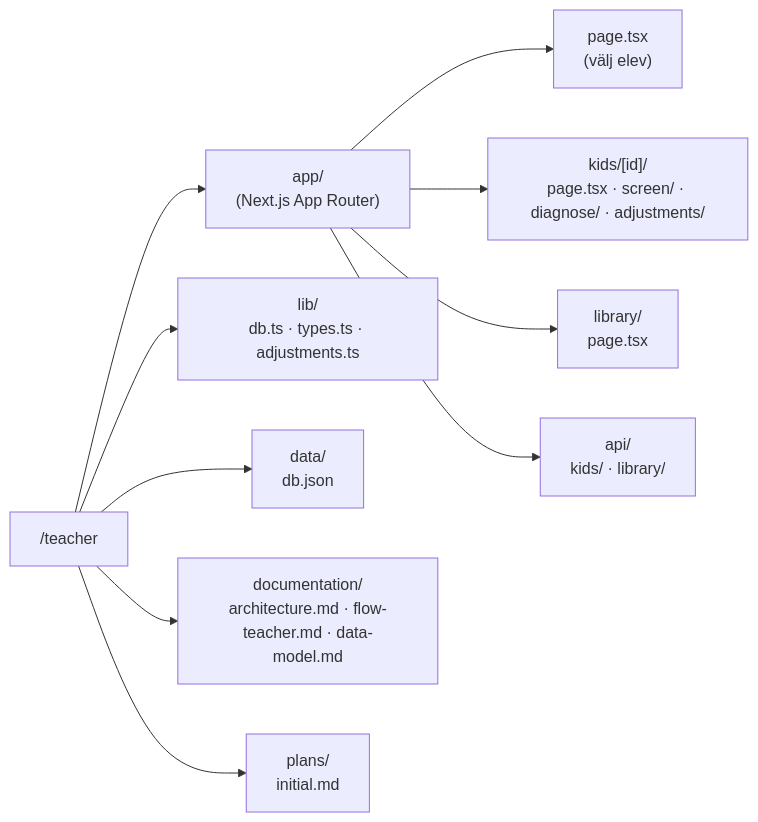
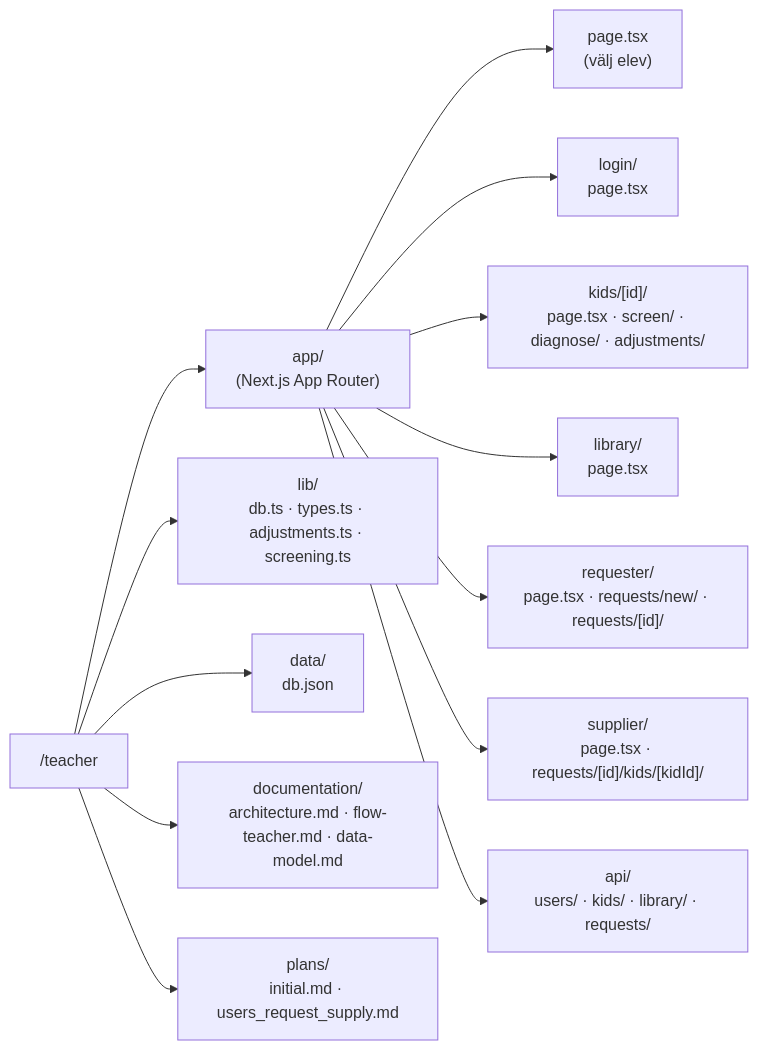
One commit to tommysafstrom/teacher changed the second of 2 diagrams in documentation/architecture.md. Above: the diagram before and after it, drawn with Mermaid. The commit also changed other lines of this file and 24 other files, not shown here.

````diff
--- a/documentation/architecture.md
+++ b/documentation/architecture.md
@@ -23,14 +25,17 @@
 ```mermaid
 graph LR
     Root["/teacher"]
     Root --> App["app/\n(Next.js App Router)"]
-    Root --> Lib["lib/\ndb.ts · types.ts · adjustments.ts"]
+    Root --> Lib["lib/\ndb.ts · types.ts · adjustments.ts · screening.ts"]
     Root --> Data["data/\ndb.json"]
     Root --> Documentation["documentation/\narchitecture.md · flow-teacher.md · data-model.md"]
-    Root --> Plans["plans/\ninitial.md"]
+    Root --> Plans["plans/\ninitial.md · users_request_supply.md"]
 
     App --> AppRoot["page.tsx\n(välj elev)"]
+    App --> AppLogin["login/\npage.tsx"]
     App --> AppKids["kids/[id]/\npage.tsx · screen/ · diagnose/ · adjustments/"]
     App --> AppLibrary["library/\npage.tsx"]
-    App --> AppAPI["api/\nkids/ · library/"]
+    App --> AppRequester["requester/\npage.tsx · requests/new/ · requests/[id]/"]
+    App --> AppSupplier["supplier/\npage.tsx · requests/[id]/kids/[kidId]/"]
+    App --> AppAPI["api/\nusers/ · kids/ · library/ · requests/"]
 ```
````
